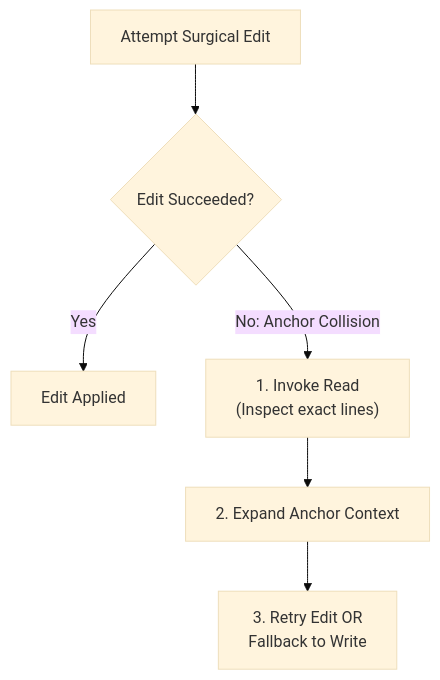
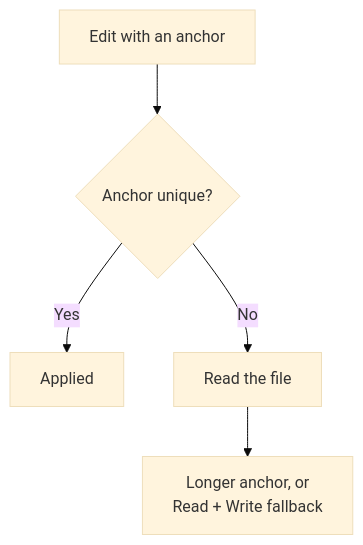
One commit to dip4k/claude_cert_architect_foundation_prep changed the third of 3 diagrams in domain2/KEY_CONCEPTS.md. Above: the diagram before and after it, drawn with Mermaid (base theme). The commit also changed other lines of this file and 133 other files, not shown here.

````diff
--- a/domain2/KEY_CONCEPTS.md
+++ b/domain2/KEY_CONCEPTS.md
@@ -242,8 +119,7 @@
 ```mermaid
 flowchart TD
-    Start["Attempt Surgical Edit"] --> Check{"Edit Succeeded?"}
-    Check -->|Yes| Done["Edit Applied"]
-    Check -->|No: Anchor Collision| Read["1. Invoke Read<br>(Inspect exact lines)"]
-    Read --> Reconcile["2. Expand Anchor Context"]
-    Reconcile --> Fallback["3. Retry Edit OR<br>Fallback to Write"]
+    E1["Edit with an anchor"] --> E2{"Anchor unique?"}
+    E2 -->|"Yes"| E3["Applied"]
+    E2 -->|"No"| E4["Read the file"]
+    E4 --> E5["Longer anchor, or<br>Read + Write fallback"]
 ```
````
